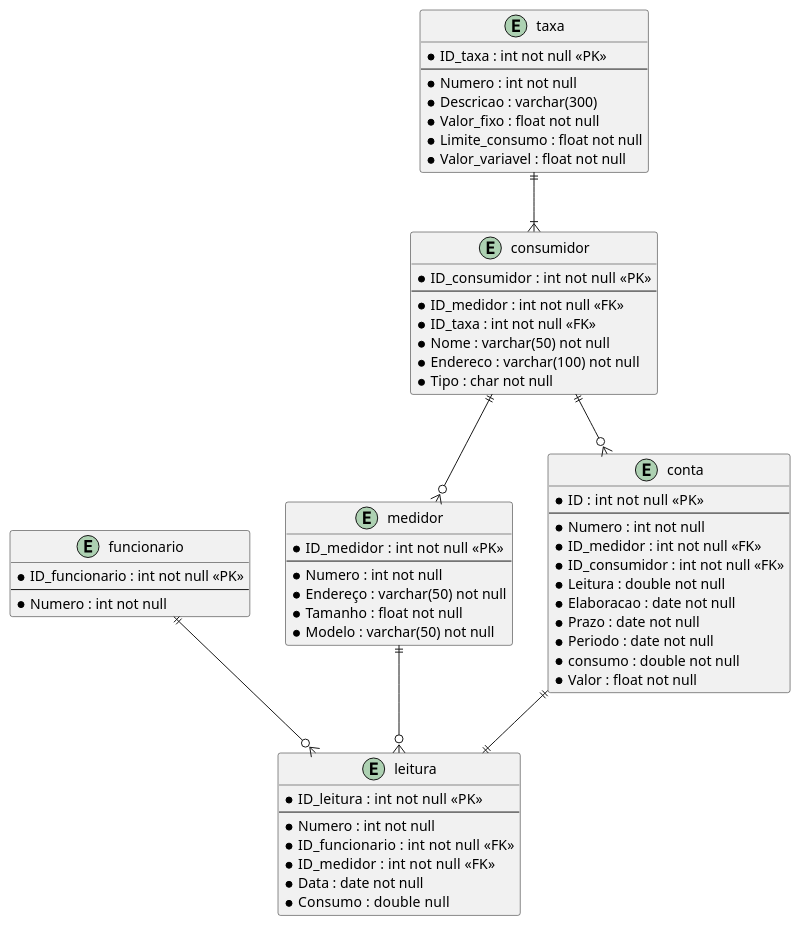
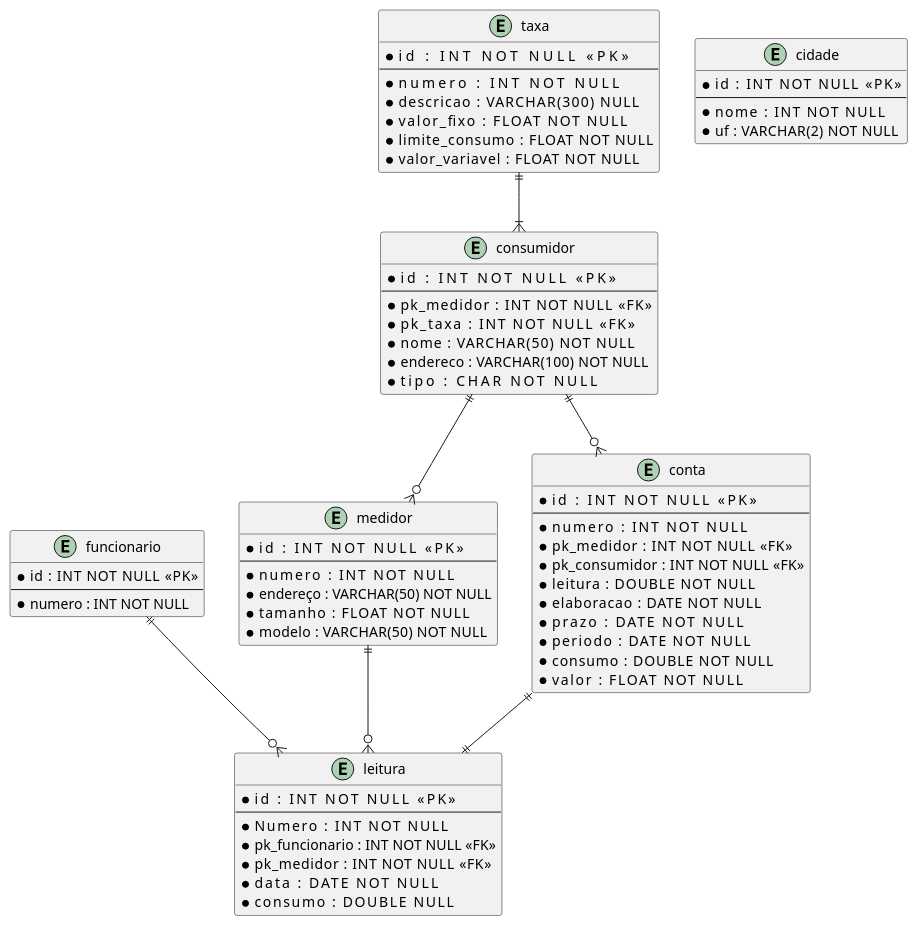
The diagram in docs/Der.puml (Flipe124/banco_dados_facecpar), drawn with PlantUML before and after one commit.

```diff
--- a/docs/Der.puml
+++ b/docs/Der.puml
@@ -1,71 +1,78 @@
 @startuml Der
 
 
 entity consumidor { 
-    *ID_consumidor : int  not null <<PK>>
+    *id         : INT          NOT NULL <<PK>>
     --
-    *ID_medidor : int not null <<FK>>
-    *ID_taxa : int not null <<FK>>
-    *Nome : varchar(50) not null
-    *Endereco : varchar(100) not null 
-    *Tipo : char not null 
+    *pk_medidor : INT          NOT NULL <<FK>>
+    *pk_taxa    : INT          NOT NULL <<FK>>
+    *nome       : VARCHAR(50)  NOT NULL
+    *endereco   : VARCHAR(100) NOT NULL 
+    *tipo       : CHAR         NOT NULL 
 }
 
 entity taxa {
-    *ID_taxa : int not null <<PK>>
+    *id             : INT          NOT NULL <<PK>>
     --
-    *Numero : int not null
-    *Descricao : varchar(300)
-    *Valor_fixo : float not null
-    *Limite_consumo : float not null
-    *Valor_variavel : float not null
+    *numero         : INT          NOT NULL
+    *descricao      : VARCHAR(300)     NULL
+    *valor_fixo     : FLOAT        NOT NULL
+    *limite_consumo : FLOAT        NOT NULL
+    *valor_variavel : FLOAT        NOT NULL
 }
 
 entity medidor {
-    *ID_medidor : int  not null <<PK>>
+    *id       : INT         NOT NULL <<PK>>
     --
-    *Numero : int not null
-    *Endereço : varchar(50) not null
-    *Tamanho : float not null
-    *Modelo : varchar(50) not null
+    *numero   : INT         NOT NULL
+    *endereço : VARCHAR(50) NOT NULL
+    *tamanho  : FLOAT       NOT NULL
+    *modelo   : VARCHAR(50) NOT NULL
 }
 
 entity leitura {
-    *ID_leitura : int  not null <<PK>>
+    *id             : INT  NOT NULL <<PK>>
     --
-    *Numero : int not null
-    *ID_funcionario : int  not null <<FK>>
-    *ID_medidor : int not null  <<FK>>
-    *Data : date not null
-    *Consumo : double  null
+    *Numero         : INT  NOT NULL
+    *pk_funcionario : INT  NOT NULL <<FK>>
+    *pk_medidor     : INT  NOT NULL <<FK>>
+    *data           : DATE NOT NULL
+    *consumo        : DOUBLE   NULL
 }
 
-entity conta{
-    *ID : int  not null <<PK>>
+entity conta {
+    *id            : INT    NOT NULL <<PK>>
     --
-    *Numero : int not null
-    *ID_medidor : int not null <<FK>>
-    *ID_consumidor : int not null <<FK>>
-    *Leitura : double not null
-    *Elaboracao : date not null
-    *Prazo : date not null
-    *Periodo : date not null
-    *consumo : double not null
-    *Valor : float not null
+    *numero        : INT    NOT NULL
+    *pk_medidor    : INT    NOT NULL <<FK>>
+    *pk_consumidor : INT    NOT NULL <<FK>>
+    *leitura       : DOUBLE NOT NULL
+    *elaboracao    : DATE   NOT NULL
+    *prazo         : DATE   NOT NULL
+    *periodo       : DATE   NOT NULL
+    *consumo       : DOUBLE NOT NULL
+    *valor         : FLOAT  NOT NULL
 }
 
 entity funcionario {
-    *ID_funcionario : int not null <<PK>>
+    *id     : INT NOT NULL <<PK>> 
     --
-    *Numero : int not null 
+    *numero : INT NOT NULL 
+}
+
+entity cidade {
+    *id   : INT        NOT NULL <<PK>>
+    --
+    *nome : INT        NOT NULL 
+    *uf   : VARCHAR(2) NOT NULL
 }
 
 consumidor ||--o{ medidor
 consumidor ||--o{ conta
 conta ||--|| leitura
 funcionario ||--o{ leitura
 taxa ||--|{ consumidor
 medidor ||--o{ leitura
 
 
 @enduml
```
